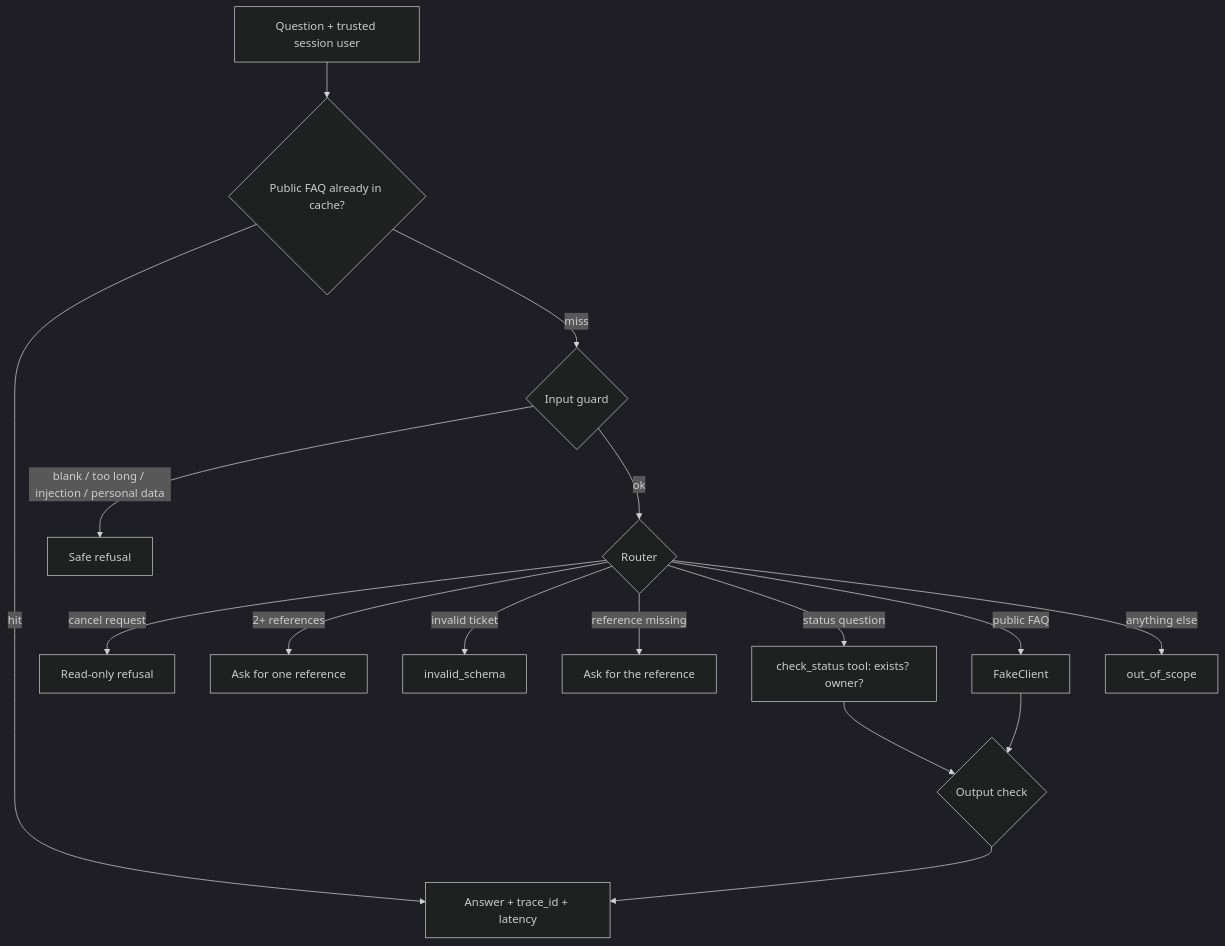
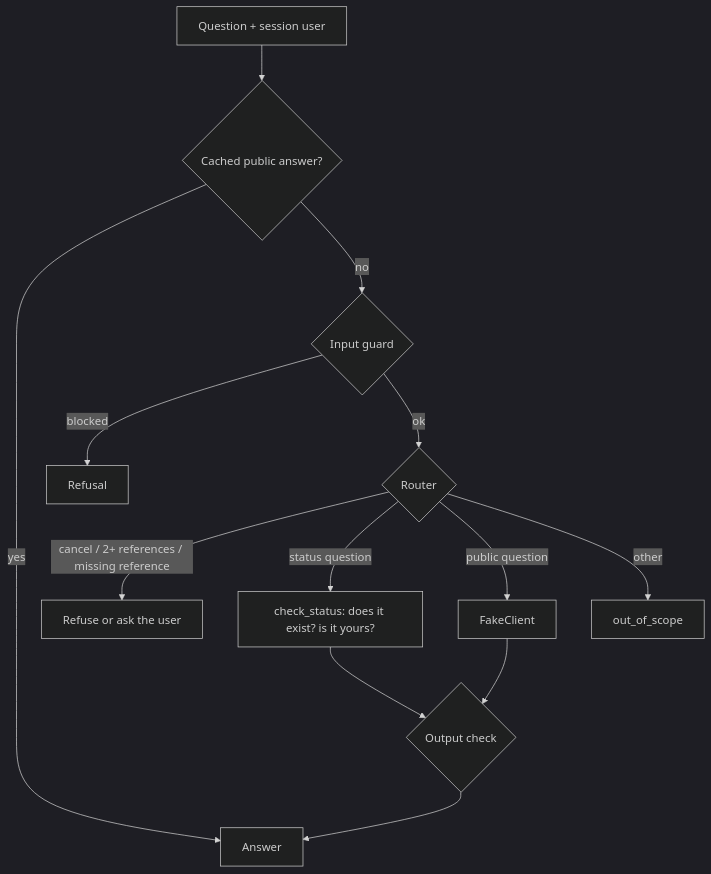
Before and after one commit to wejdanturki7/murshid-llm-application-engineering-sda-WejdanTAlotaibi: the diagram in README.md, drawn with Mermaid (dark theme). The commit also changed other lines of this file, not shown here.

````diff
--- a/README.md
+++ b/README.md
@@ -64,18 +22,15 @@
 ```mermaid
 flowchart TD
-    A["Question + trusted session user"] --> B{"Public FAQ already in cache?"}
-    B -- "hit" --> Z["Answer + trace_id + latency"]
-    B -- "miss" --> C{"Input guard"}
-    C -- "blank / too long / injection / personal data" --> R1["Safe refusal"]
+    A["Question + session user"] --> B{"Cached public answer?"}
+    B -- "yes" --> Z["Answer"]
+    B -- "no" --> C{"Input guard"}
+    C -- "blocked" --> R1["Refusal"]
     C -- "ok" --> D{"Router"}
-    D -- "cancel request" --> R2["Read-only refusal"]
-    D -- "2+ references" --> R3["Ask for one reference"]
-    D -- "invalid ticket" --> R4["invalid_schema"]
-    D -- "reference missing" --> R5["Ask for the reference"]
-    D -- "status question" --> T["check_status tool: exists? owner?"]
-    D -- "public FAQ" --> F["FakeClient"]
-    D -- "anything else" --> R6["out_of_scope"]
+    D -- "cancel / 2+ references / missing reference" --> R2["Refuse or ask the user"]
+    D -- "status question" --> T["check_status: does it exist? is it yours?"]
+    D -- "public question" --> F["FakeClient"]
+    D -- "other" --> R3["out_of_scope"]
     T --> V{"Output check"}
     F --> V
     V --> Z
 ```
````
